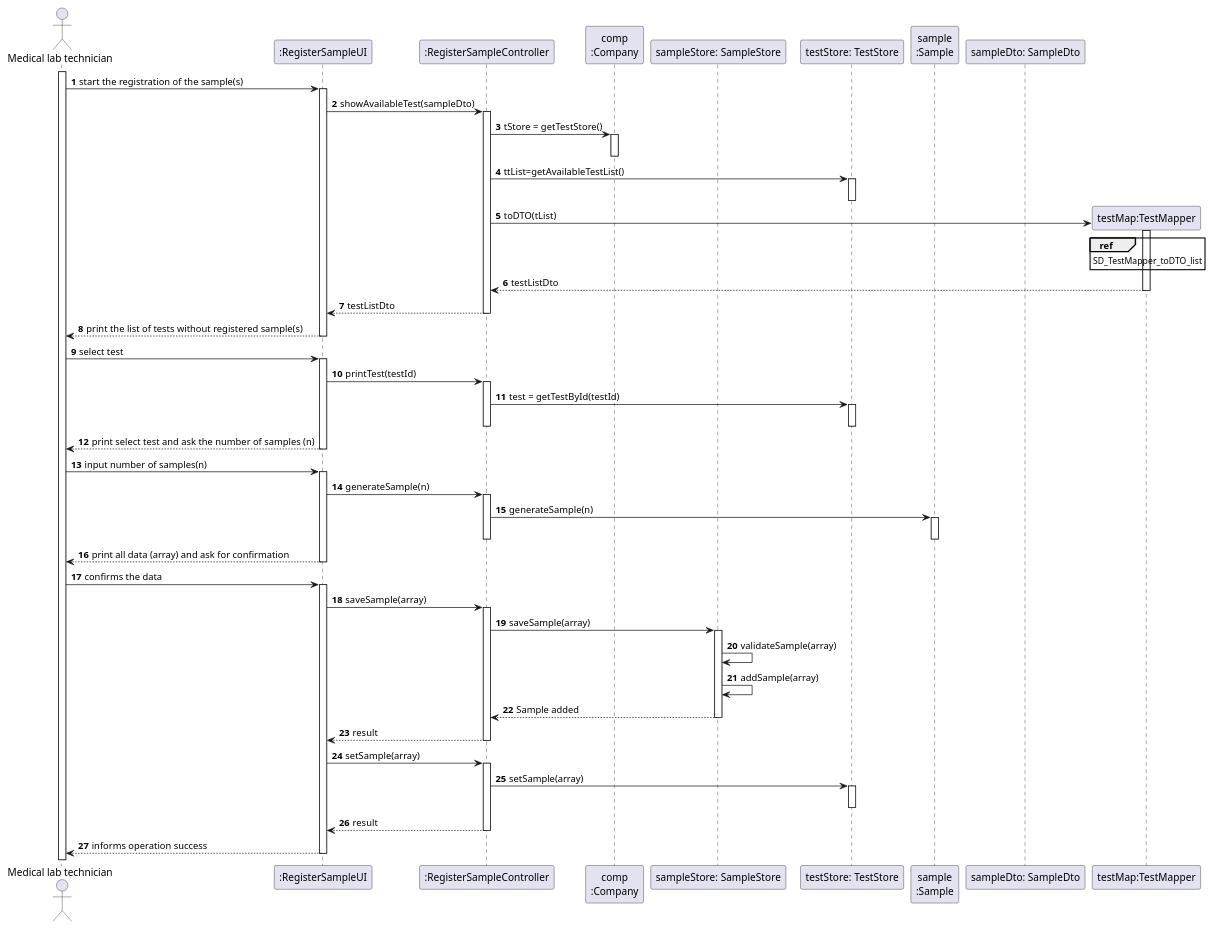
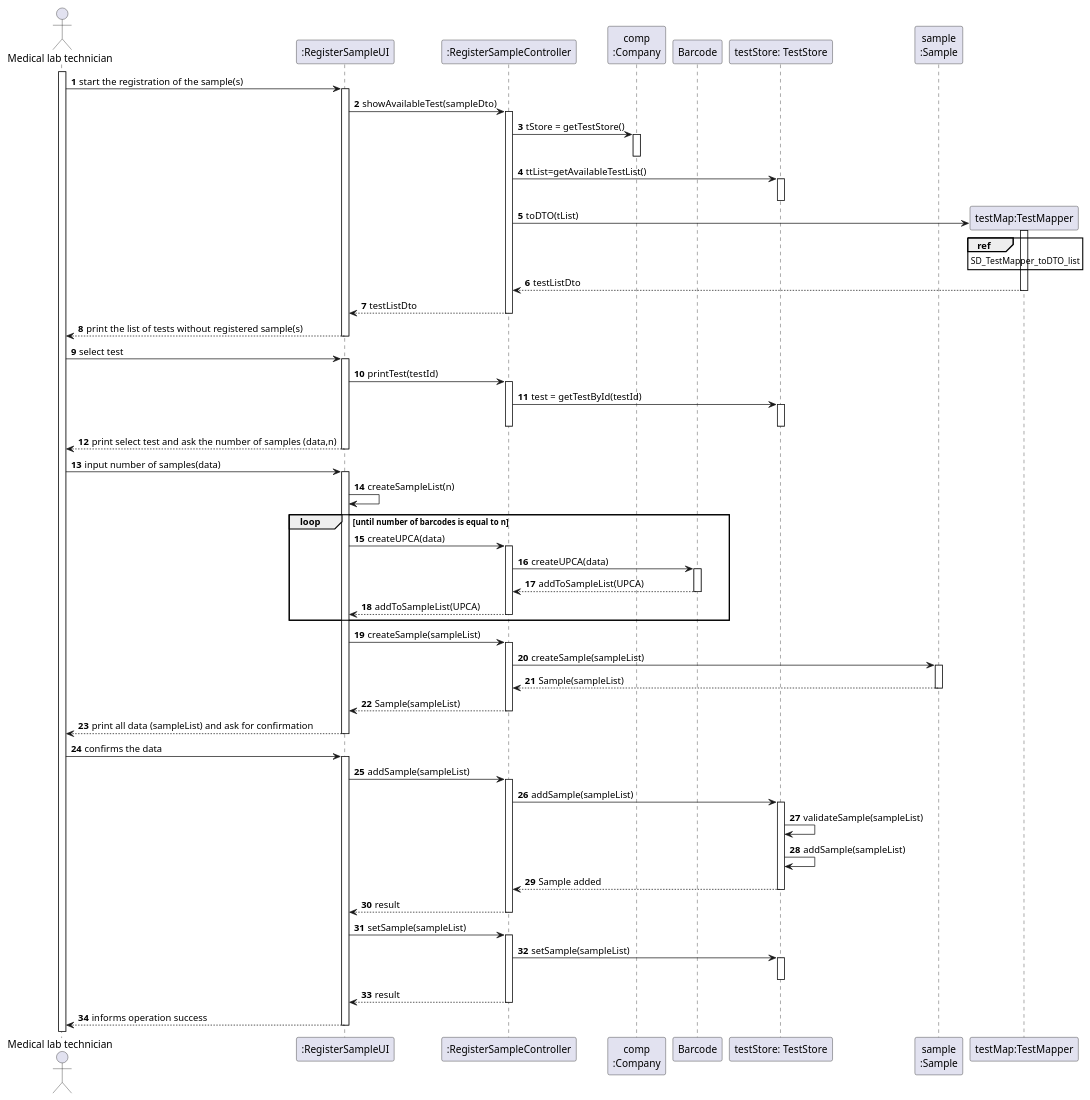
Before and after one commit to GuilhermeCunha79/lapr2: the diagram in docs/SprintC/US5/UC5_SD.puml, drawn with PlantUML. The commit also changed 7 other files, not shown here.

```diff
--- a/docs/SprintC/US5/UC5_SD.puml
+++ b/docs/SprintC/US5/UC5_SD.puml
@@ -1,112 +1,126 @@
 @startuml
 'https://plantuml.com/sequence-diagram
 
 autonumber
 actor "Medical lab technician" as Mlt
 
 participant ":RegisterSampleUI" as UI
 participant ":RegisterSampleController" as CTRL
 participant "comp\n:Company" as COMP
 
-participant "sampleStore: SampleStore" as SSTORE
+
+participant "Barcode" as B
 
 participant "testStore: TestStore" as TSTORE
 
 participant "sample\n:Sample" as SAMPLE
-participant "sampleDto: SampleDto" as SAMPLEDTO
 participant "testMap:TestMapper" as TMAPPER
 
 activate Mlt
 
     Mlt-> UI: start the registration of the sample(s)
 
     activate UI
 
         UI -> CTRL : showAvailableTest(sampleDto)
 
         activate CTRL
 
             CTRL -> COMP : tStore = getTestStore()
             activate COMP
             deactivate COMP
             CTRL -> TSTORE : ttList=getAvailableTestList()
             activate TSTORE
             deactivate TSTORE
             CTRL -> TMAPPER** : toDTO(tList)
             activate TMAPPER
             ref over TMAPPER
               SD_TestMapper_toDTO_list
             end ref
             TMAPPER --> CTRL : testListDto
             deactivate TMAPPER
             CTRL --> UI : testListDto
 
         deactivate CTRL
 
         UI --> Mlt: print the list of tests without registered sample(s)
 
     deactivate UI
 
     Mlt -> UI : select test
 
     activate UI
 
         UI -> CTRL : printTest(testId)
         activate CTRL
         CTRL -> TSTORE : test = getTestById(testId)
         activate TSTORE
         deactivate TSTORE
         deactivate CTRL
 
-        UI --> Mlt: print select test and ask the number of samples (n)
+        UI --> Mlt: print select test and ask the number of samples (data,n)
 
     deactivate UI
 
-    Mlt -> UI : input number of samples(n)
+    Mlt -> UI : input number of samples(data)
 
     activate UI
+        UI->UI : createSampleList(n)
+        loop until number of barcodes is equal to n
+        UI -> CTRL : createUPCA(data)
+        activate CTRL
+        CTRL -> B : createUPCA(data)
+        activate B
+        B --> CTRL : addToSampleList(UPCA)
+        deactivate B
+        CTRL --> UI : addToSampleList(UPCA)
+        deactivate CTRL
+        end
 
-        UI -> CTRL : generateSample(n)
+        UI -> CTRL : createSample(sampleList)
         activate CTRL
-        CTRL -> SAMPLE : generateSample(n)
+        CTRL -> SAMPLE : createSample(sampleList)
         activate SAMPLE
+        SAMPLE--> CTRL:Sample(sampleList)
         deactivate SAMPLE
+        CTRL--> UI:Sample(sampleList)
         deactivate CTRL
 
-        UI --> Mlt: print all data (array) and ask for confirmation
+
+        UI --> Mlt: print all data (sampleList) and ask for confirmation
 
     deactivate UI
 
 Mlt -> UI :  confirms the data
 
     activate UI
-         UI -> CTRL : saveSample(array)
+         UI -> CTRL : addSample(sampleList)
          activate CTRL
-         CTRL -> SSTORE : saveSample(array)
-           activate SSTORE
-           SSTORE -> SSTORE : validateSample(array)
-           SSTORE -> SSTORE : addSample(array)
+         CTRL -> TSTORE : addSample(sampleList)
+           activate TSTORE
+           TSTORE -> TSTORE : validateSample(sampleList)
+           TSTORE -> TSTORE : addSample(sampleList)
 
-           SSTORE --> CTRL : Sample added
+           TSTORE --> CTRL : Sample added
 
-         deactivate SSTORE
+         deactivate TSTORE
 
           CTRL --> UI: result
          deactivate CTRL
 
-         UI -> CTRL : setSample(array)
+         UI -> CTRL : setSample(sampleList)
          activate CTRL
-         CTRL -> TSTORE : setSample(array)
+         CTRL -> TSTORE : setSample(sampleList)
          activate TSTORE
          deactivate TSTORE
 
           CTRL --> UI: result
          deactivate CTRL
 
          UI --> Mlt : informs operation success
 
     deactivate UI
 
 
 
 @enduml
```
